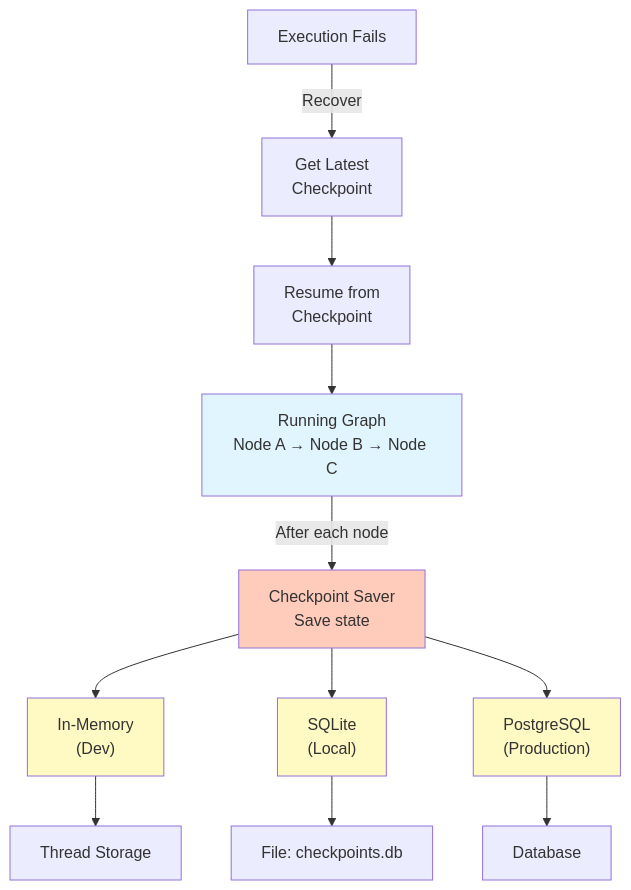
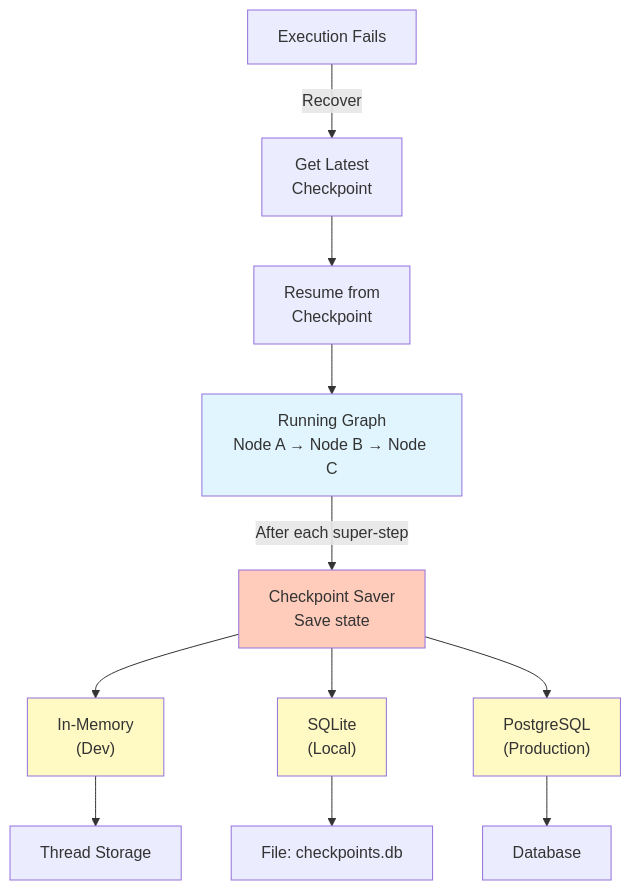
One commit to CodeHalwell/AgentGuides changed diagram 15 of 21 in src/content/docs/langgraph-guide/python/langgraph_diagrams.md. Above: the diagram before and after it, drawn with Mermaid. The commit also changed other lines of this file and 30 other files, not shown here.

````diff
--- a/src/content/docs/langgraph-guide/python/langgraph_diagrams.md
+++ b/src/content/docs/langgraph-guide/python/langgraph_diagrams.md
@@ -346,24 +347,24 @@
 ```mermaid
 graph TD
     Graph["Running Graph<br/>Node A → Node B → Node C"]
     
-    Graph -->|After each node| Checkpoint["Checkpoint Saver<br/>Save state"]
+    Graph -->|After each super-step| Checkpoint["Checkpoint Saver<br/>Save state"]
     
     Checkpoint --> Memory["In-Memory<br/>(Dev)"]
     Checkpoint --> SQLite["SQLite<br/>(Local)"]
     Checkpoint --> Postgres["PostgreSQL<br/>(Production)"]
     
     Memory --> Thread1["Thread Storage"]
     SQLite --> File["File: checkpoints.db"]
     Postgres --> DB["Database"]
     
     Failure["Execution Fails"] -->|Recover| Store["Get Latest<br/>Checkpoint"]
     Store --> Resume["Resume from<br/>Checkpoint"]
     Resume --> Graph
     
     style Graph fill:#e1f5fe
     style Checkpoint fill:#ffccbc
     style Memory fill:#fff9c4
     style SQLite fill:#fff9c4
     style Postgres fill:#fff9c4
 ```
````
